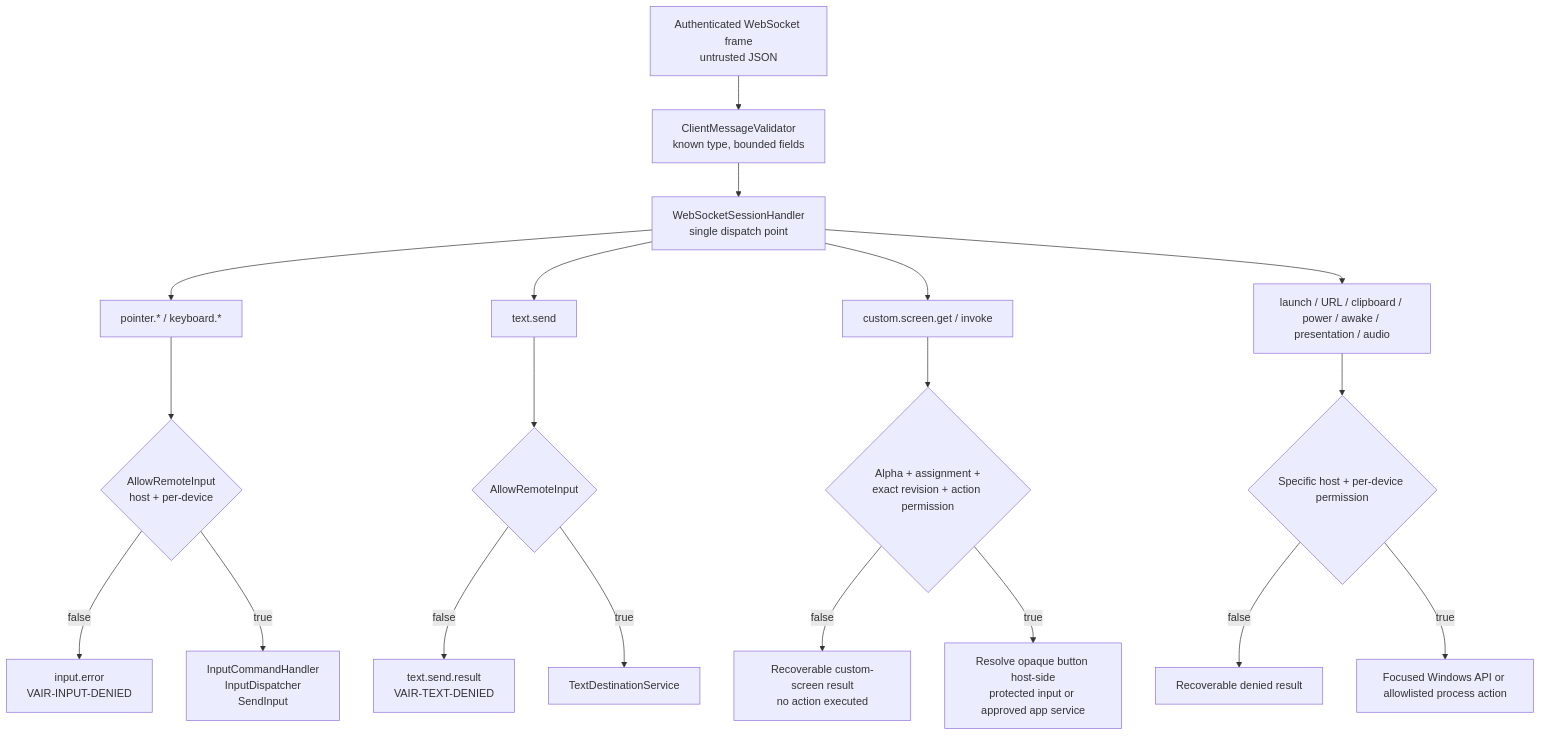
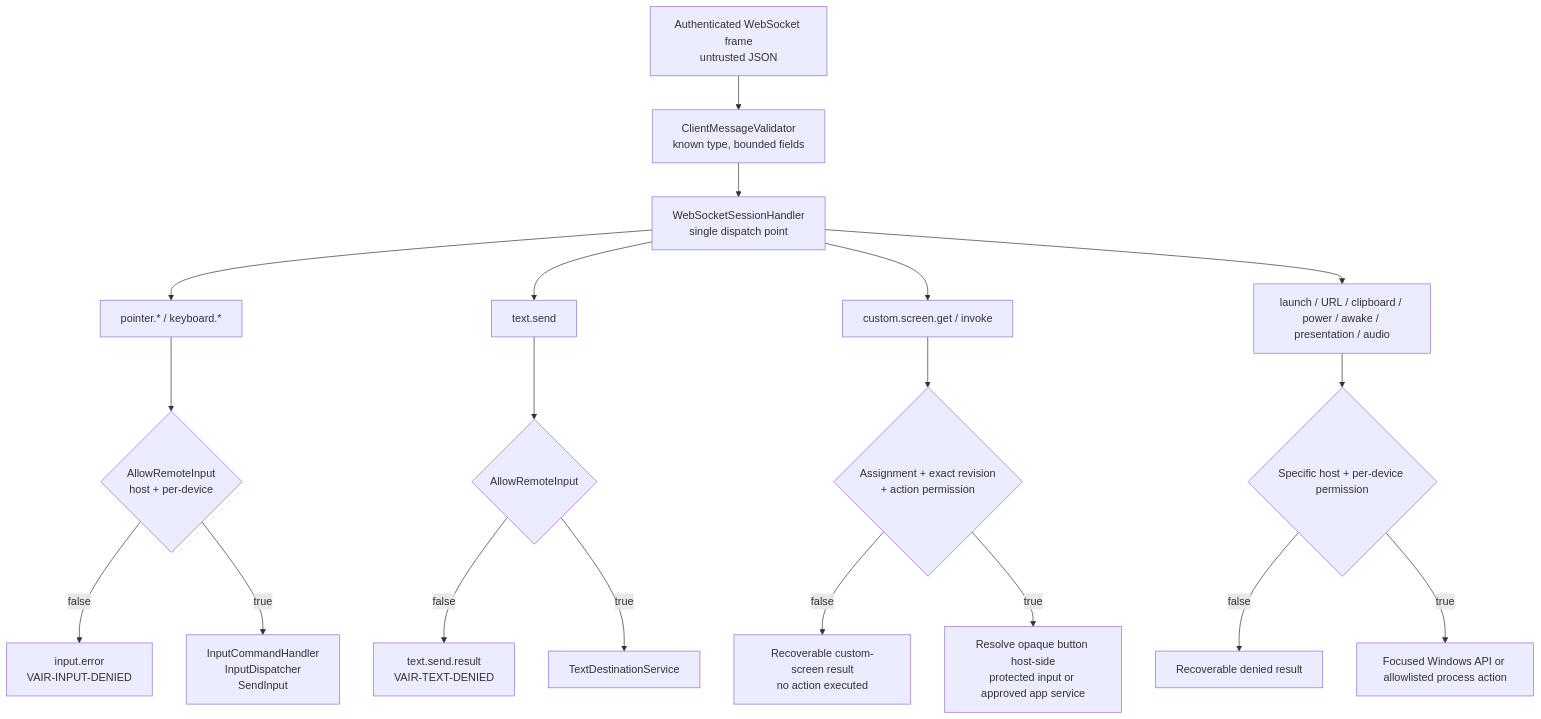
One commit to voltura/voltura-air changed the third of 4 diagrams in docs/security-architecture-diagrams.md. Above: the diagram before and after it, drawn with Mermaid. The commit also changed other lines of this file and 41 other files, not shown here.

````diff
--- a/docs/security-architecture-diagrams.md
+++ b/docs/security-architecture-diagrams.md
@@ -59,25 +59,25 @@
 ```mermaid
 flowchart TD
   Frame["Authenticated WebSocket frame\nuntrusted JSON"] --> Validate["ClientMessageValidator\nknown type, bounded fields"]
   Validate --> Dispatch["WebSocketSessionHandler\nsingle dispatch point"]
 
   Dispatch --> Input["pointer.* / keyboard.*"]
   Input --> RemoteInput{"AllowRemoteInput\nhost + per-device"}
   RemoteInput -- "false" --> InputDenied["input.error\nVAIR-INPUT-DENIED"]
   RemoteInput -- "true" --> SendInput["InputCommandHandler\nInputDispatcher\nSendInput"]
 
   Dispatch --> Text["text.send"]
   Text --> TextPerm{"AllowRemoteInput"}
   TextPerm -- "false" --> TextDenied["text.send.result\nVAIR-TEXT-DENIED"]
   TextPerm -- "true" --> TextSink["TextDestinationService"]
 
   Dispatch --> Custom["custom.screen.get / invoke"]
-  Custom --> CustomGate{"Alpha + assignment +\nexact revision + action permission"}
+  Custom --> CustomGate{"Assignment + exact revision\n+ action permission"}
   CustomGate -- "false" --> CustomDenied["Recoverable custom-screen result\nno action executed"]
   CustomGate -- "true" --> OpaqueAction["Resolve opaque button host-side\nprotected input or approved app service"]
 
   Dispatch --> Privileged["launch / URL / clipboard / power / awake / presentation / audio"]
   Privileged --> SpecificPerm{"Specific host + per-device permission"}
   SpecificPerm -- "false" --> RecoverableDeny["Recoverable denied result"]
   SpecificPerm -- "true" --> WindowsAction["Focused Windows API or allowlisted process action"]
 ```
````
